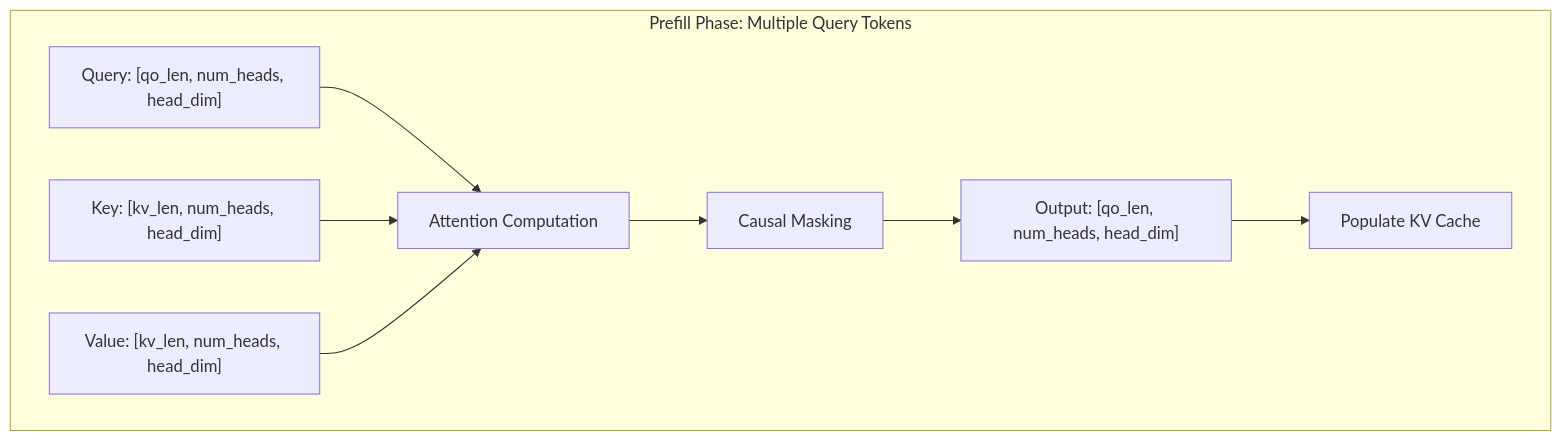
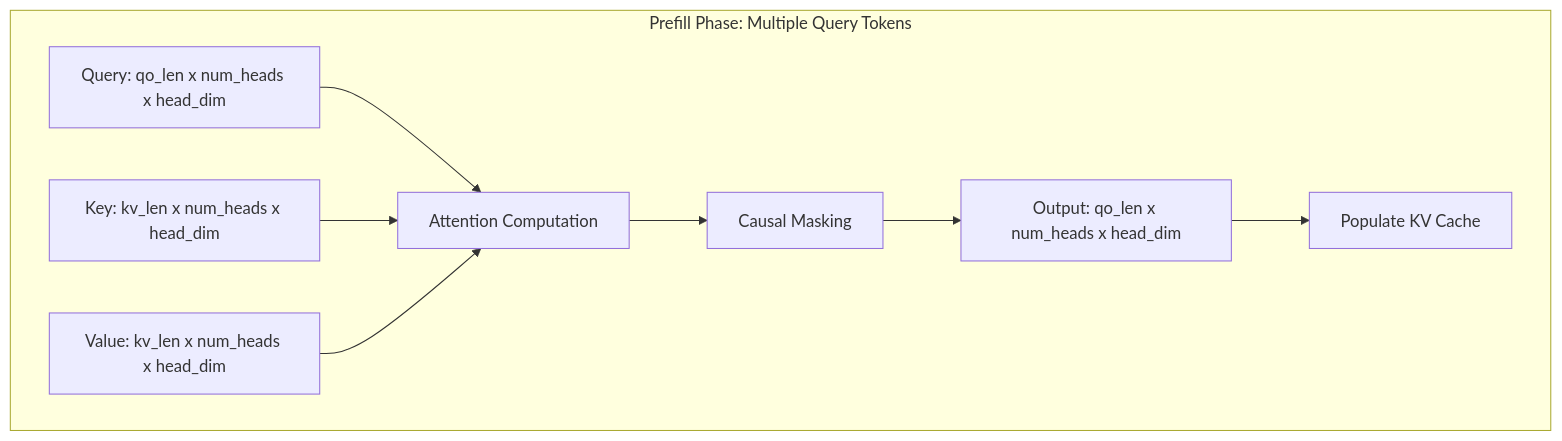
The ninth of 37 diagrams in lab0.2/lab02.md (Shahriarin2garden/vllm_from_scratch), drawn with Mermaid before and after one commit. The commit also changed other lines of this file and 2 other files, not shown here.

Commit message:
Refactor diagrams in README.md and lab0.2final.md for clarity and consistency

````diff
--- a/lab0.2/lab02.md
+++ b/lab0.2/lab02.md
@@ -328,14 +328,14 @@
 ```mermaid
 graph TD
     subgraph "Prefill Phase: Multiple Query Tokens"
-        Q["Query: [qo_len, num_heads, head_dim]"]
-        K["Key: [kv_len, num_heads, head_dim]"]
-        V["Value: [kv_len, num_heads, head_dim]"]
+        Q["Query: qo_len x num_heads x head_dim"]
+        K["Key: kv_len x num_heads x head_dim"]
+        V["Value: kv_len x num_heads x head_dim"]
         Q --> Attn["Attention Computation"]
         K --> Attn
         V --> Attn
         Attn --> Mask["Causal Masking"]
-        Mask --> Out["Output: [qo_len, num_heads, head_dim]"]
+        Mask --> Out["Output: qo_len x num_heads x head_dim"]
         Out --> KVCache["Populate KV Cache"]
     end
 ```
````
